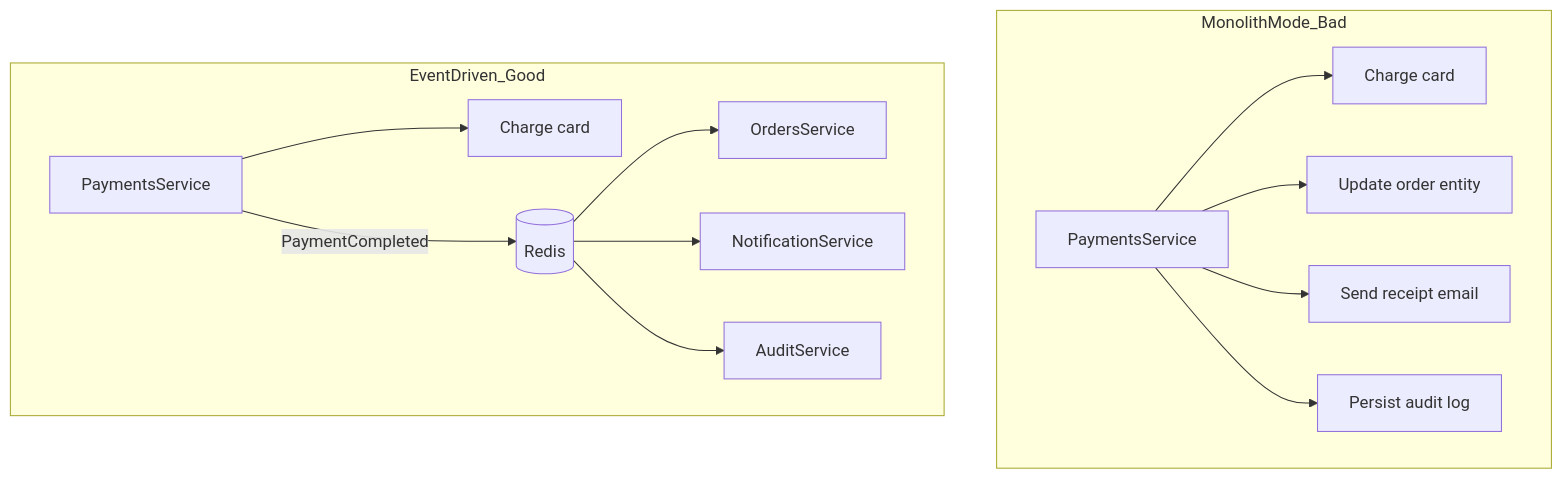
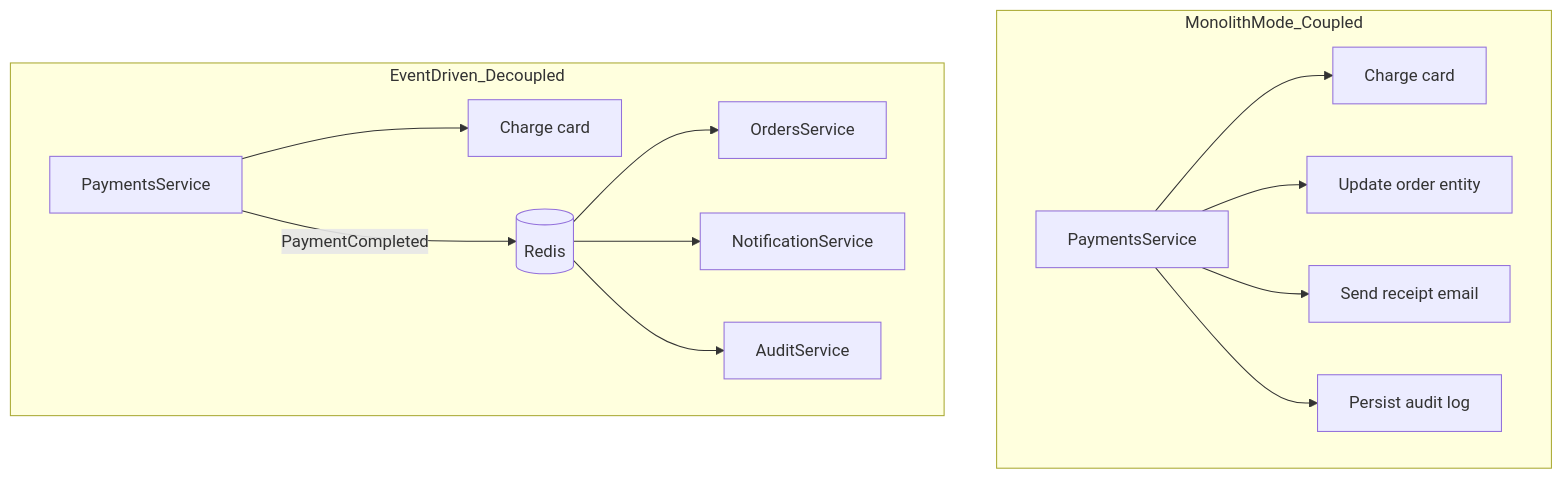
One commit to mariano48/at-what-cost changed the second of 2 diagrams in docs/PLAN.md. Above: the diagram before and after it, drawn with Mermaid. The commit also changed other lines of this file and 4 other files, not shown here.

````diff
--- a/docs/PLAN.md
+++ b/docs/PLAN.md
@@ -93,16 +93,16 @@
 ```mermaid
 flowchart TB
-  subgraph monolith [MonolithMode_Bad]
+  subgraph monolith [MonolithMode_Coupled]
     Pay1[PaymentsService] --> Charge1[Charge card]
     Pay1 --> Update1[Update order entity]
     Pay1 --> Mail1[Send receipt email]
     Pay1 --> Audit1[Persist audit log]
   end
-  subgraph events [EventDriven_Good]
+  subgraph events [EventDriven_Decoupled]
     Pay2[PaymentsService] --> Charge2[Charge card]
     Pay2 -->|PaymentCompleted| Broker[(Redis)]
     Broker --> Orders[OrdersService]
     Broker --> Notify[NotificationService]
     Broker --> Audit[AuditService]
   end
 ```
````
